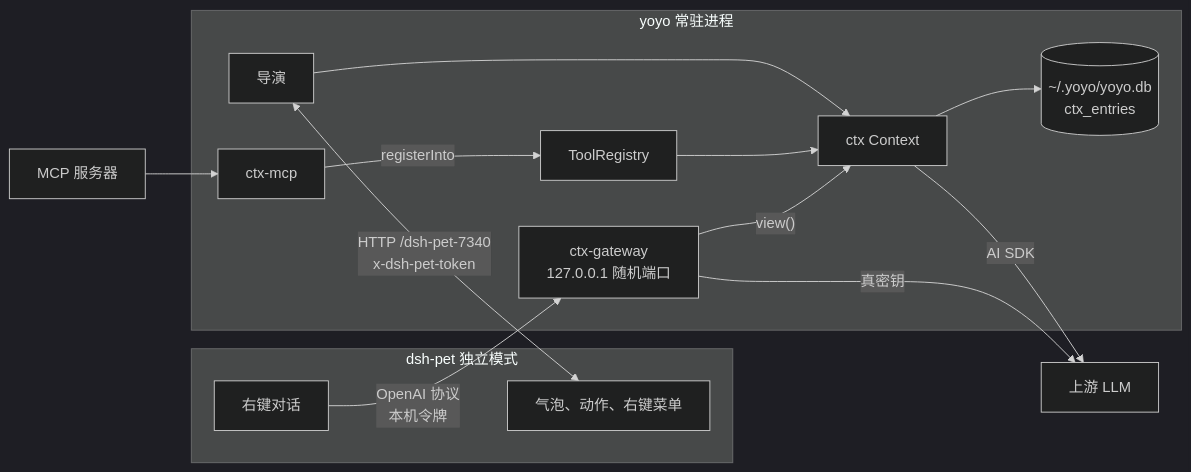
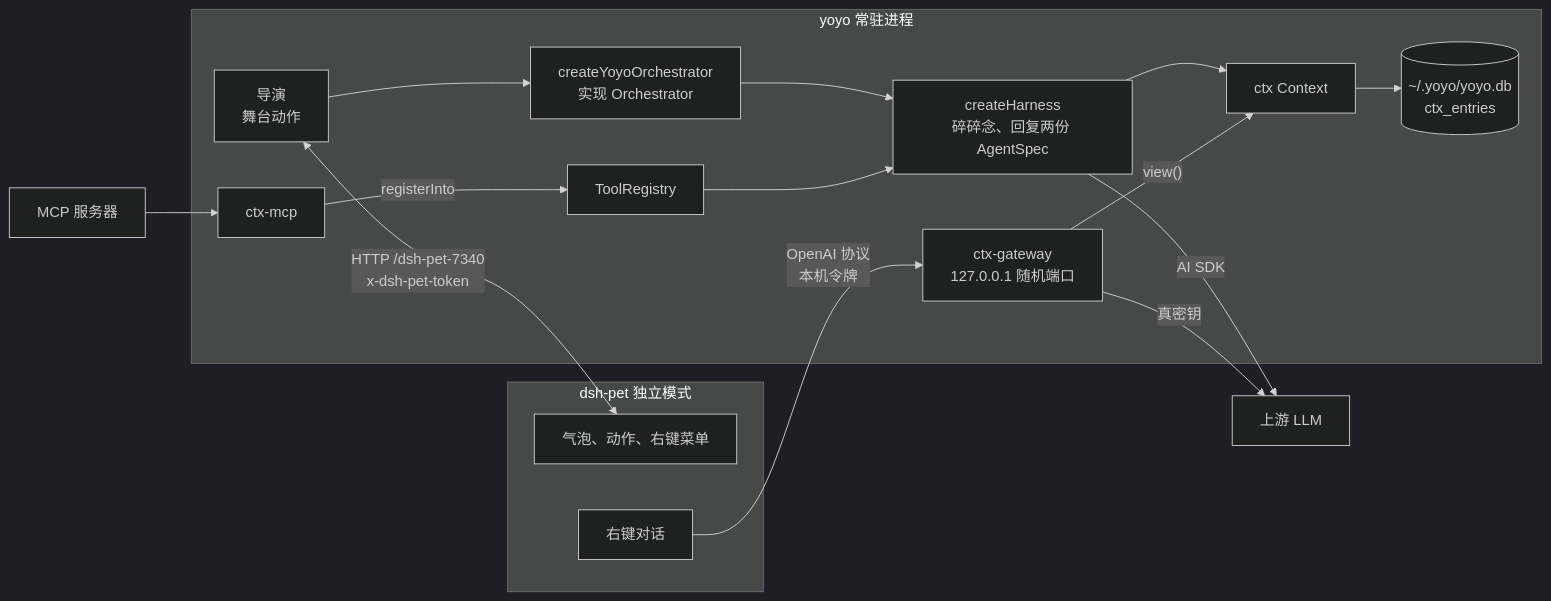
The second of 2 diagrams in docs/repos.md (modelctx-ai/ctx), drawn with Mermaid (dark theme) before and after one commit. The commit also changed other lines of this file and 12 other files, not shown here.

````diff
--- a/docs/repos.md
+++ b/docs/repos.md
@@ -73,28 +73,32 @@
 ```mermaid
 flowchart LR
   subgraph pet["dsh-pet 独立模式"]
     stage["气泡、动作、右键菜单"]
     chat["右键对话"]
   end
   subgraph yoyo["yoyo 常驻进程"]
-    director["导演"]
+    director["导演<br/>舞台动作"]
+    orch["createYoyoOrchestrator<br/>实现 Orchestrator"]
+    harness["createHarness<br/>碎碎念、回复两份 AgentSpec"]
     context["ctx Context"]
     db[("~/.yoyo/yoyo.db<br/>ctx_entries")]
     registry["ToolRegistry"]
     hub["ctx-mcp"]
     gw["ctx-gateway<br/>127.0.0.1 随机端口"]
   end
   llm["上游 LLM"]
   servers["MCP 服务器"]
 
   director <-->|"HTTP /dsh-pet-7340<br/>x-dsh-pet-token"| stage
-  director --> context
+  director --> orch
+  orch --> harness
+  harness --> context
   context --> db
-  context -- "AI SDK" --> llm
+  harness -- "AI SDK" --> llm
   servers --> hub
   hub -- registerInto --> registry
-  registry --> context
+  registry --> harness
   chat -- "OpenAI 协议<br/>本机令牌" --> gw
   gw -- "view()" --> context
   gw -- "真密钥" --> llm
 ```
````
